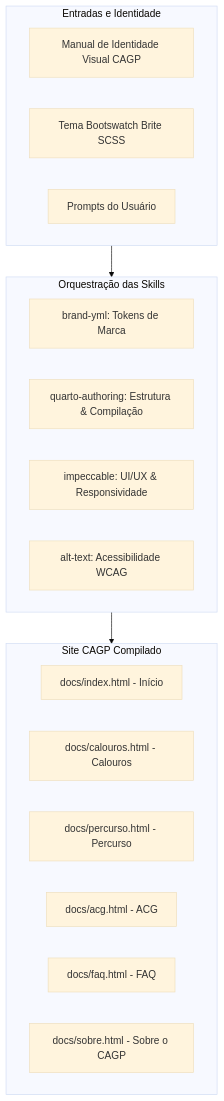
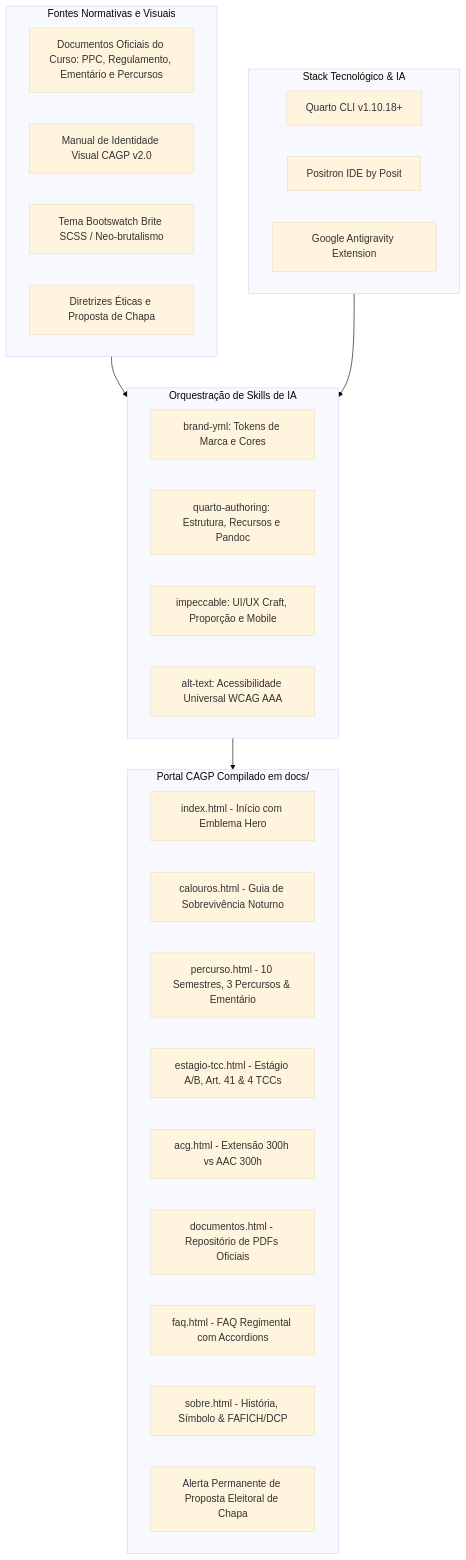
The diagram in README.md (gsathler-vi/cagp), drawn with Mermaid (base theme) before and after one commit. The commit also changed other lines of this file and 84 other files, not shown here.

````diff
--- a/README.md
+++ b/README.md
@@ -32,27 +39,38 @@
 ```mermaid
 flowchart TD
-    subgraph Entrada [Entradas e Identidade]
-      A[Manual de Identidade Visual CAGP]
-      B[Tema Bootswatch Brite SCSS]
-      C[Prompts do Usuário]
+    subgraph Fontes [Fontes Normativas e Visuais]
+      A[Documentos Oficiais do Curso: PPC, Regulamento, Ementário e Percursos]
+      B[Manual de Identidade Visual CAGP v2.0]
+      C[Tema Bootswatch Brite SCSS / Neo-brutalismo]
+      D[Diretrizes Éticas e Proposta de Chapa]
     end
 
-    subgraph Orquestracao [Orquestração das Skills]
-      S1[brand-yml: Tokens de Marca]
-      S2[quarto-authoring: Estrutura & Compilação]
-      S3[impeccable: UI/UX & Responsividade]
-      S4[alt-text: Acessibilidade WCAG]
+    subgraph Ferramental [Stack Tecnológico & IA]
+      T1[Quarto CLI v1.10.18+]
+      T2[Positron IDE by Posit]
+      T3[Google Antigravity Extension]
     end
 
-    subgraph Saida [Site CAGP Compilado]
-      D[docs/index.html - Início]
-      E[docs/calouros.html - Calouros]
-      F[docs/percurso.html - Percurso]
-      G[docs/acg.html - ACG]
-      H[docs/faq.html - FAQ]
-      I[docs/sobre.html - Sobre o CAGP]
+    subgraph Skills [Orquestração de Skills de IA]
+      S1[brand-yml: Tokens de Marca e Cores]
+      S2[quarto-authoring: Estrutura, Recursos e Pandoc]
+      S3[impeccable: UI/UX Craft, Proporção e Mobile]
+      S4[alt-text: Acessibilidade Universal WCAG AAA]
     end
 
-    Entrada --> Orquestracao
-    Orquestracao --> Saida
+    subgraph Portal [Portal CAGP Compilado em docs/]
+      P1[index.html - Início com Emblema Hero]
+      P2[calouros.html - Guia de Sobrevivência Noturno]
+      P3[percurso.html - 10 Semestres, 3 Percursos & Ementário]
+      P4[estagio-tcc.html - Estágio A/B, Art. 41 & 4 TCCs]
+      P5[acg.html - Extensão 300h vs AAC 300h]
+      P6[documentos.html - Repositório de PDFs Oficiais]
+      P7[faq.html - FAQ Regimental com Accordions]
+      P8[sobre.html - História, Símbolo & FAFICH/DCP]
+      P9[Alerta Permanente de Proposta Eleitoral de Chapa]
+    end
+
+    Fontes --> Skills
+    Ferramental --> Skills
+    Skills --> Portal
 ```
````
